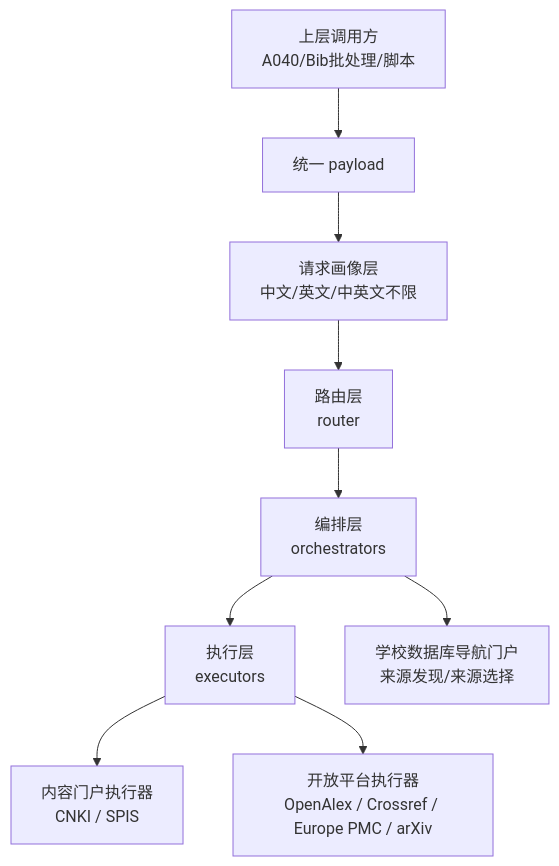
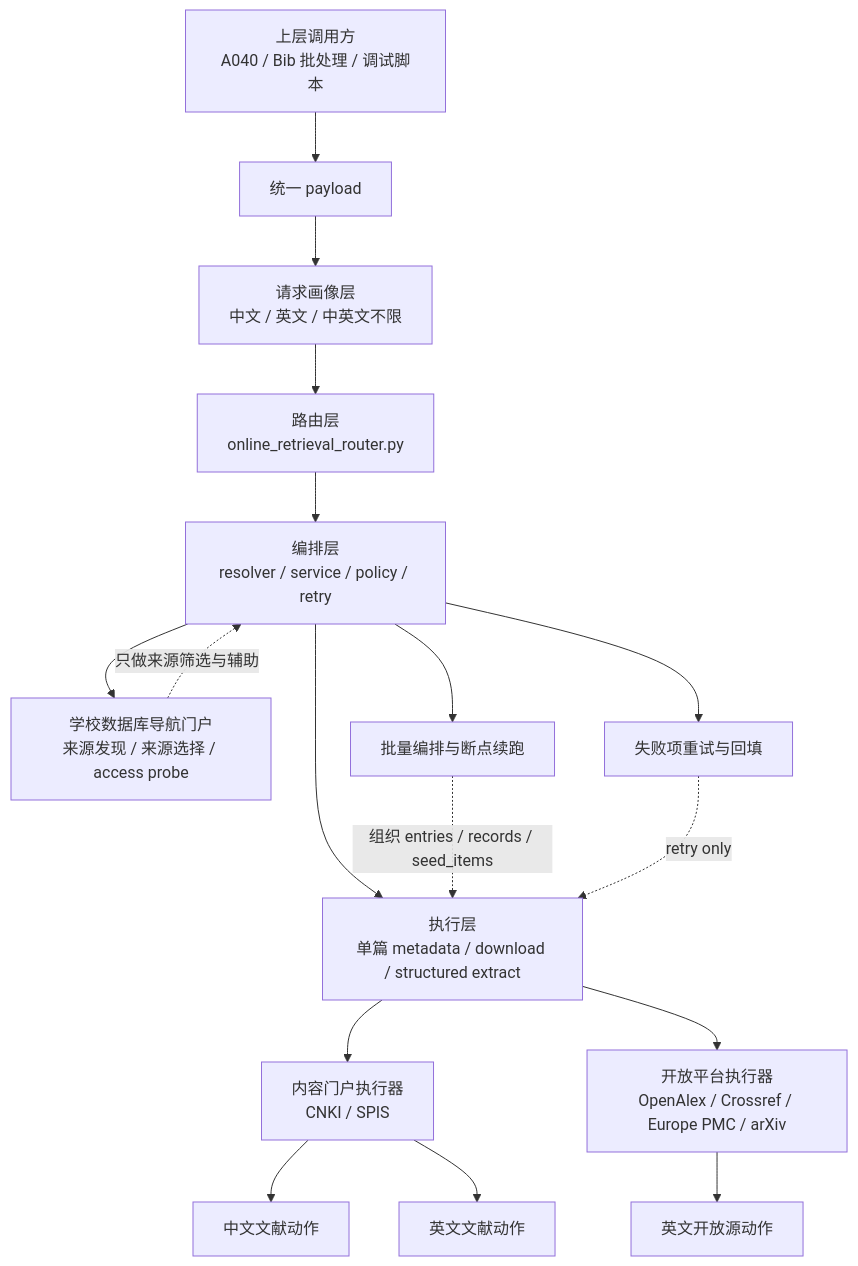
Before and after one commit to autodoit/autodo-kit: the first of 3 diagrams in docs/在线检索文献模块专题.md, drawn with Mermaid. The commit also changed other lines of this file and 3 other files, not shown here.

````diff
--- a/docs/在线检索文献模块专题.md
+++ b/docs/在线检索文献模块专题.md
@@ -54,12 +52,24 @@
 ```mermaid
 flowchart TD
-    A[上层调用方<br/>A040/Bib批处理/脚本] --> B[统一 payload]
-    B --> P[请求画像层<br/>中文/英文/中英文不限]
-    P --> R[路由层<br/>router]
-    R --> O[编排层<br/>orchestrators]
-    O --> X[执行层<br/>executors]
+    U[上层调用方<br/>A040 / Bib 批处理 / 调试脚本] --> P[统一 payload]
+    P --> RQ[请求画像层<br/>中文 / 英文 / 中英文不限]
 
-    O --> N[学校数据库导航门户<br/>来源发现/来源选择]
-    X --> C[内容门户执行器<br/>CNKI / SPIS]
-    X --> E[开放平台执行器<br/>OpenAlex / Crossref / Europe PMC / arXiv]
+    RQ --> RT[路由层<br/>online_retrieval_router.py]
+    RT --> OP[编排层<br/>resolver / service / policy / retry]
+    OP --> EX[执行层<br/>单篇 metadata / download / structured extract]
+
+    OP --> ND[学校数据库导航门户<br/>来源发现 / 来源选择 / access probe]
+    OP --> BT[批量编排与断点续跑]
+    OP --> RS[失败项重试与回填]
+
+    EX --> CN[内容门户执行器<br/>CNKI / SPIS]
+    EX --> OA[开放平台执行器<br/>OpenAlex / Crossref / Europe PMC / arXiv]
+
+    CN --> C1[中文文献动作]
+    CN --> C2[英文文献动作]
+    OA --> O1[英文开放源动作]
+
+    ND -. 只做来源筛选与辅助 .-> OP
+    BT -. 组织 entries / records / seed_items .-> EX
+    RS -. retry only .-> EX
 ```
````
